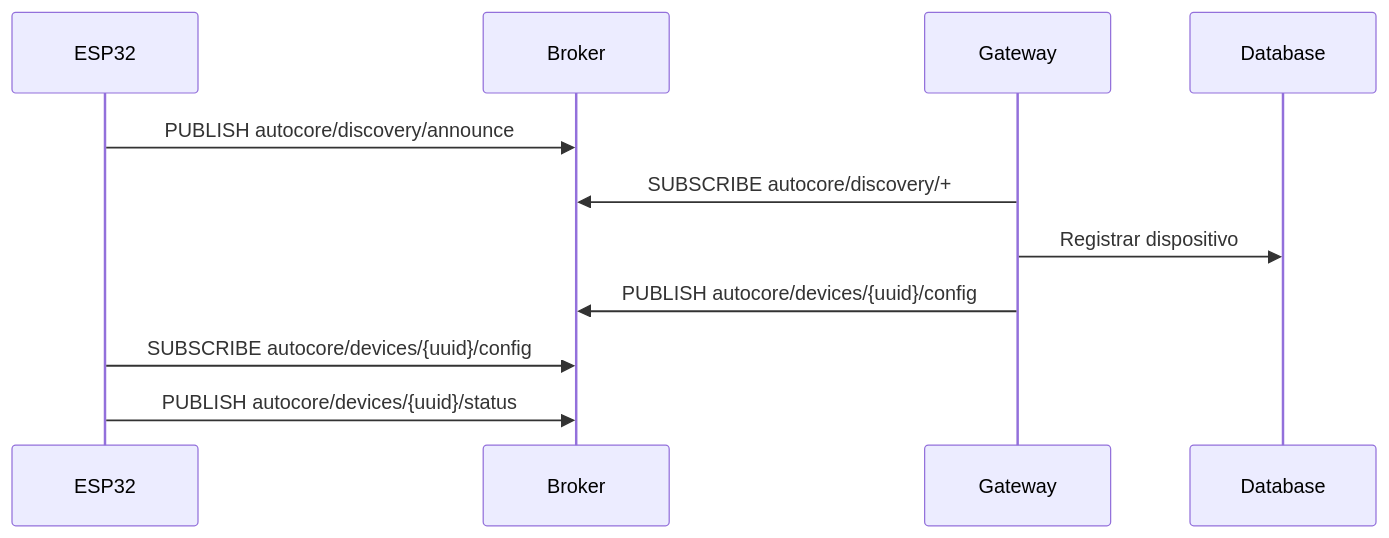
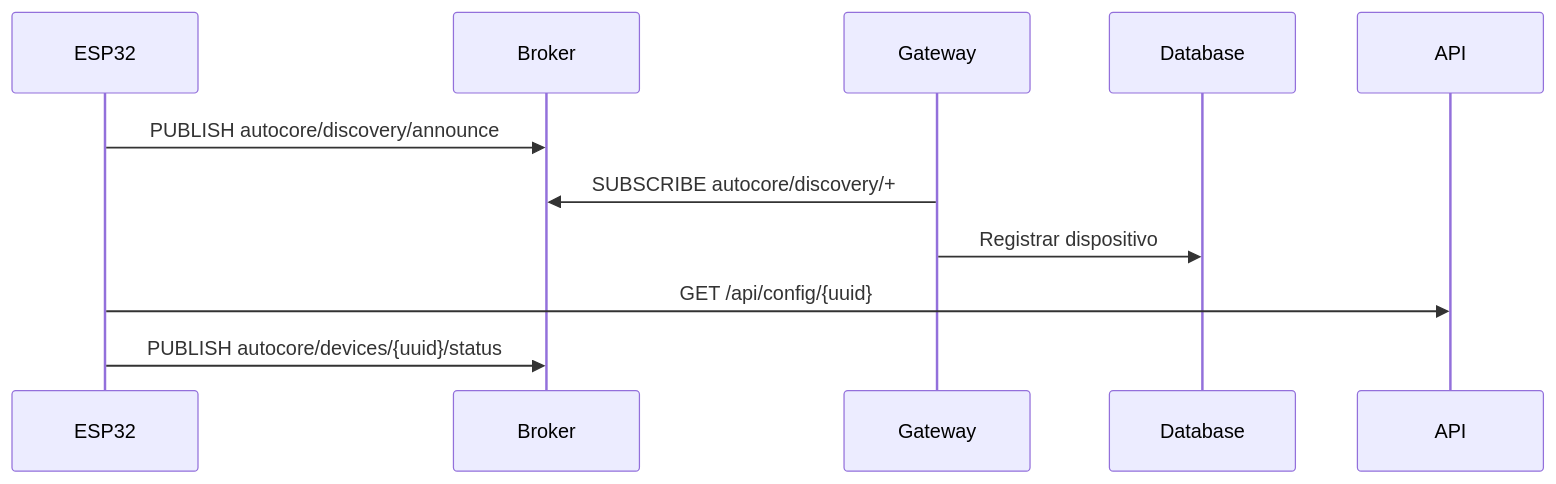
Before and after one commit to leechardes/autocore: the first of 5 diagrams in docs/MQTT_ARCHITECTURE.md, drawn with Mermaid. The commit also changed other lines of this file and 110 other files, not shown here.

````diff
--- a/docs/MQTT_ARCHITECTURE.md
+++ b/docs/MQTT_ARCHITECTURE.md
@@ -188,9 +187,8 @@
 ```mermaid
 sequenceDiagram
     ESP32->>Broker: PUBLISH autocore/discovery/announce
     Gateway->>Broker: SUBSCRIBE autocore/discovery/+
     Gateway->>Database: Registrar dispositivo
-    Gateway->>Broker: PUBLISH autocore/devices/{uuid}/config
-    ESP32->>Broker: SUBSCRIBE autocore/devices/{uuid}/config
+    ESP32->>API: GET /api/config/{uuid}
     ESP32->>Broker: PUBLISH autocore/devices/{uuid}/status
 ```
````
